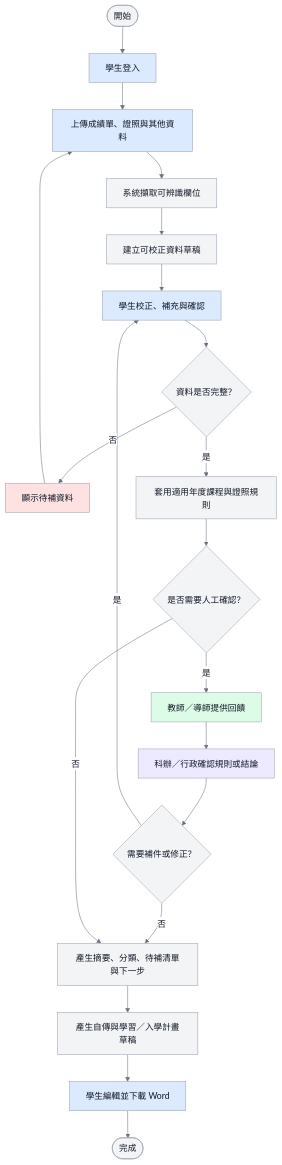
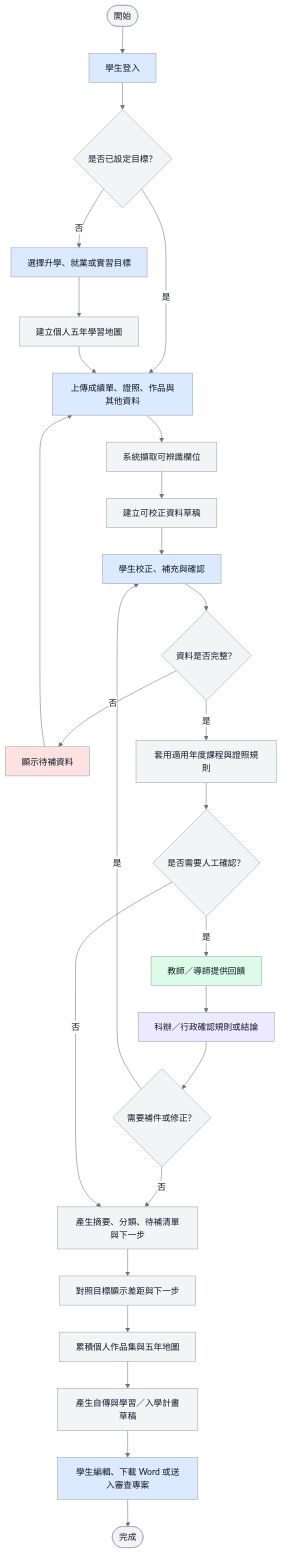
One commit to vujhdcusa/1028 changed the second of 9 diagrams in docs/04_圖表與介面/diagrams.md. Above: the diagram before and after it, drawn with Mermaid. The commit also changed other lines of this file and 5 other files, not shown here.

````diff
--- a/docs/04_圖表與介面/diagrams.md
+++ b/docs/04_圖表與介面/diagrams.md
@@ -37,29 +37,35 @@
 ```mermaid
 %%{init: {'theme':'base','themeVariables': {'fontFamily':'Microsoft JhengHei, Noto Sans TC, Arial, sans-serif','primaryColor':'#F3F4F6','primaryTextColor':'#111827','primaryBorderColor':'#9CA3AF','lineColor':'#6B7280','edgeLabelBackground':'#FFFFFF'}}}%%
 flowchart TD
     classDef student fill:#DBEAFE,stroke:#9CA3AF,color:#111827,stroke-width:1px;
     classDef system fill:#F3F4F6,stroke:#9CA3AF,color:#111827,stroke-width:1px;
     classDef teacher fill:#DCFCE7,stroke:#9CA3AF,color:#111827,stroke-width:1px;
     classDef staff fill:#EDE9FE,stroke:#9CA3AF,color:#111827,stroke-width:1px;
     classDef alert fill:#FEE2E2,stroke:#9CA3AF,color:#111827,stroke-width:1px;
 
     Start([開始]) --> Login[學生登入]:::student
-    Login --> Upload[上傳成績單、證照與其他資料]:::student
+    Login --> Goal{是否已設定目標？}
+    Goal -- 否 --> Choose[選擇升學、就業或實習目標]:::student
+    Choose --> Map[建立個人五年學習地圖]:::system
+    Goal -- 是 --> Upload
+    Map --> Upload[上傳成績單、證照、作品與其他資料]:::student
     Upload --> Extract[系統擷取可辨識欄位]:::system
     Extract --> Draft[建立可校正資料草稿]:::system
     Draft --> Confirm[學生校正、補充與確認]:::student
     Confirm --> Complete{資料是否完整？}
     Complete -- 否 --> Missing[顯示待補資料]:::alert
     Missing --> Upload
     Complete -- 是 --> Rules[套用適用年度課程與證照規則]:::system
     Rules --> Review{是否需要人工確認？}
     Review -- 是 --> Teacher[教師／導師提供回饋]:::teacher
     Teacher --> Staff[科辦／行政確認規則或結論]:::staff
     Staff --> Fix{需要補件或修正？}
     Fix -- 是 --> Confirm
     Fix -- 否 --> Results[產生摘要、分類、待補清單與下一步]:::system
     Review -- 否 --> Results
-    Results --> Document[產生自傳與學習／入學計畫草稿]:::system
-    Document --> Edit[學生編輯並下載 Word]:::student
+    Results --> Gap[對照目標顯示差距與下一步]:::system
+    Gap --> Portfolio[累積個人作品集與五年地圖]:::system
+    Portfolio --> Document[產生自傳與學習／入學計畫草稿]:::system
+    Document --> Edit[學生編輯、下載 Word 或送入審查專案]:::student
     Edit --> End([完成])
 ```
````
